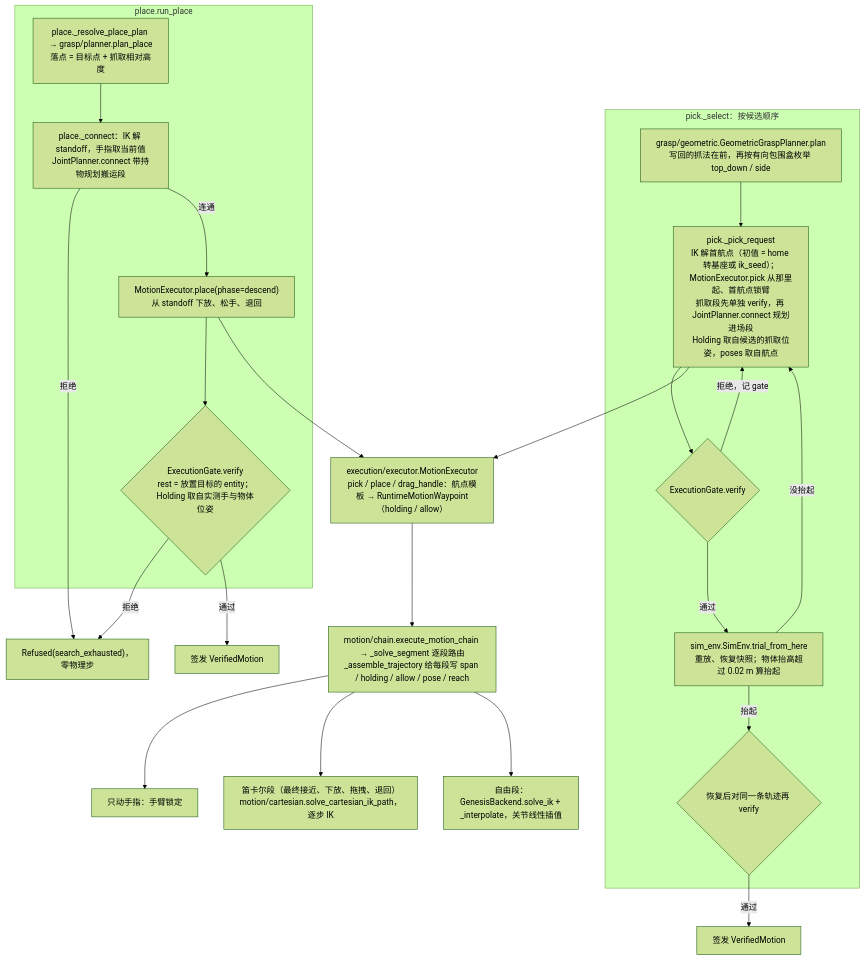
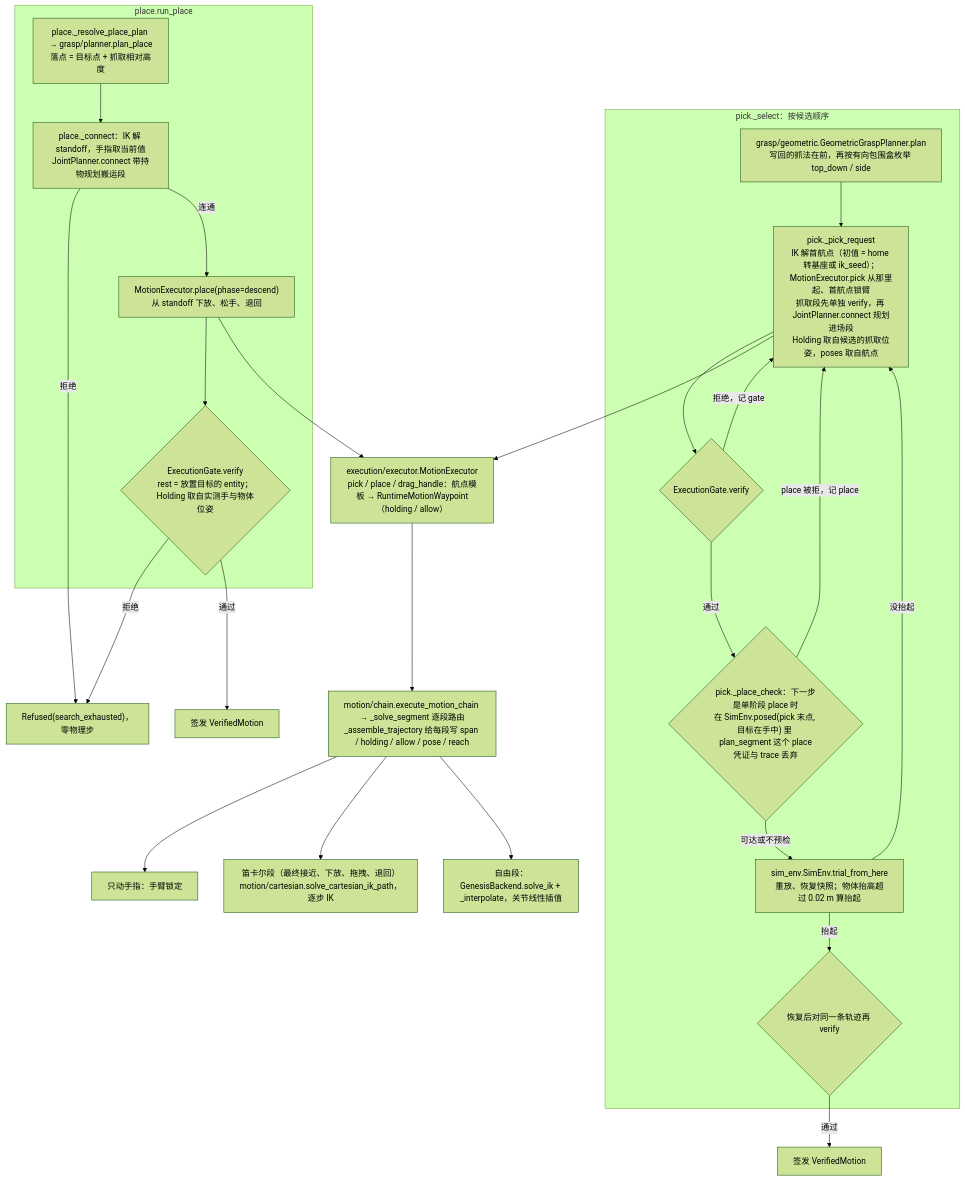
One commit to ZJLi2013/RoboSmith changed the second of 2 diagrams in docs/call-chain.md. Above: the diagram before and after it, drawn with Mermaid (forest theme). The commit also changed other lines of this file and 1 other file, not shown here.

Commit message:
docs: pick plans the following place before trying a candidate, and on the dev seeds every instance matches the planned approach

````diff
--- a/docs/call-chain.md
+++ b/docs/call-chain.md
@@ -58,36 +58,39 @@
 ```mermaid
 flowchart TD
     subgraph PK["pick._select：按候选顺序"]
         GEO["grasp/geometric.GeometricGraspPlanner.plan<br/>写回的抓法在前，再按有向包围盒枚举 top_down / side"]
         PM["pick._pick_request<br/>IK 解首航点（初值 = home 转基座或 ik_seed）；MotionExecutor.pick 从那里起、首航点锁臂<br/>抓取段先单独 verify，再 JointPlanner.connect 规划进场段<br/>Holding 取自候选的抓取位姿，poses 取自航点"]
         V1{"ExecutionGate.verify"}
+        PRE{"pick._place_check：下一步是单阶段 place 时<br/>在 SimEnv.posed(pick 末点, 目标在手中) 里 plan_segment 这个 place<br/>凭证与 trace 丢弃"}
         TR["sim_env.SimEnv.trial_from_here<br/>重放、恢复快照；物体抬高超过 0.02 m 算抬起"]
         V2{"恢复后对同一条轨迹再 verify"}
     end
 
     subgraph PL["place.run_place"]
         PP["place._resolve_place_plan → grasp/planner.plan_place<br/>落点 = 目标点 + 抓取相对高度"]
         PC["place._connect：IK 解 standoff，手指取当前值<br/>JointPlanner.connect 带持物规划搬运段"]
         PX["MotionExecutor.place(phase=descend)<br/>从 standoff 下放、松手、退回"]
         V3{"ExecutionGate.verify<br/>rest = 放置目标的 entity；Holding 取自实测手与物体位姿"}
     end
 
     EXE["execution/executor.MotionExecutor<br/>pick / place / drag_handle：航点模板 → RuntimeMotionWaypoint（holding / allow）"]
     CH["motion/chain.execute_motion_chain → _solve_segment 逐段路由<br/>_assemble_trajectory 给每段写 span / holding / allow / pose / reach"]
     F["只动手指：手臂锁定"]
     C["笛卡尔段（最终接近、下放、拖拽、退回）<br/>motion/cartesian.solve_cartesian_ik_path，逐步 IK"]
     G["自由段：GenesisBackend.solve_ik + _interpolate，关节线性插值"]
 
     GEO --> PM --> V1
     V1 -- 拒绝，记 gate --> PM
-    V1 -- 通过 --> TR
+    V1 -- 通过 --> PRE
+    PRE -- place 被拒，记 place --> PM
+    PRE -- 可达或不预检 --> TR
     TR -- 没抬起 --> PM
     TR -- 抬起 --> V2
     V2 -- 通过 --> OKP["签发 VerifiedMotion"]
     PP --> PC
     PC -- 拒绝 --> RF["Refused(search_exhausted)，零物理步"]
     PC -- 连通 --> PX --> V3
     V3 -- 拒绝 --> RF
     V3 -- 通过 --> OKL["签发 VerifiedMotion"]
     PM & PX --> EXE --> CH --> F & C & G
 ```
````
